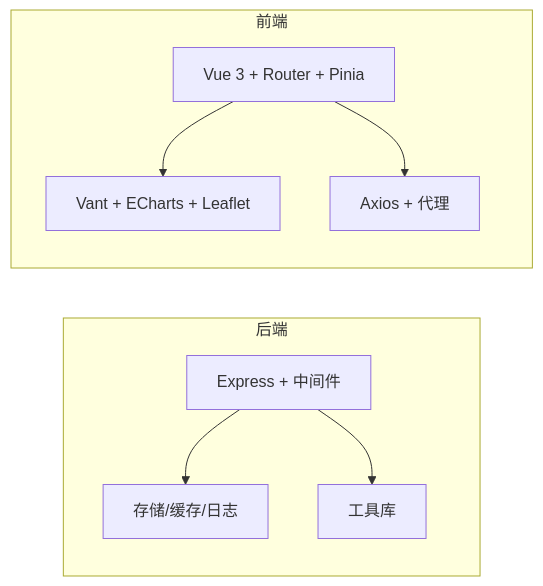
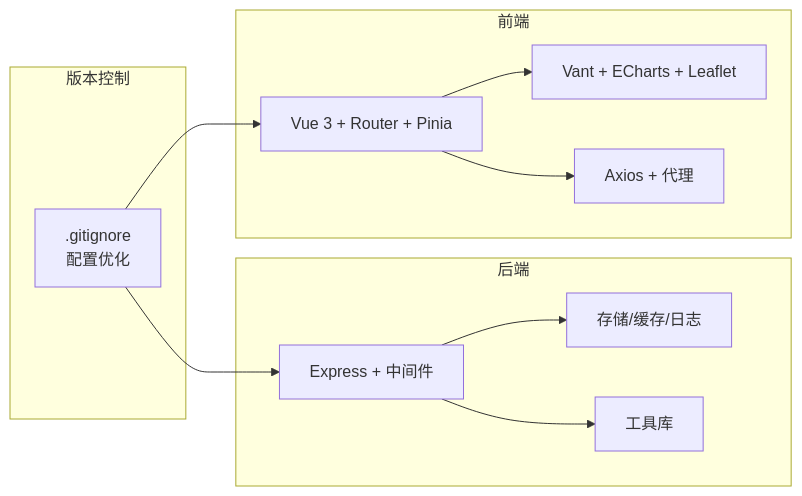
One commit to Giraffe-Han/microAPP changed the sixth of 6 diagrams in .qoder/repowiki/zh/content/部署与运维/开发环境搭建.md. Above: the diagram before and after it, drawn with Mermaid. The commit also changed other lines of this file and 8 other files, not shown here.

Commit message:
update: 医疗配送图标改为红底白十字，金刚区医疗配送与服务评价位置互换

````diff
--- a/.qoder/repowiki/zh/content/部署与运维/开发环境搭建.md
+++ b/.qoder/repowiki/zh/content/部署与运维/开发环境搭建.md
@@ -203,17 +248,22 @@
 ```mermaid
 graph LR
 subgraph "后端"
 BE_Core["Express + 中间件"]
 BE_DB["存储/缓存/日志"]
 BE_Utils["工具库"]
 end
 subgraph "前端"
 FE_Core["Vue 3 + Router + Pinia"]
 FE_UI["Vant + ECharts + Leaflet"]
 FE_NET["Axios + 代理"]
 end
+subgraph "版本控制"
+GitConfig[".gitignore<br/>配置优化"]
+end
 BE_Core --> BE_DB
 BE_Core --> BE_Utils
 FE_Core --> FE_UI
 FE_Core --> FE_NET
+GitConfig --> FE_Core
+GitConfig --> BE_Core
 ```
````
